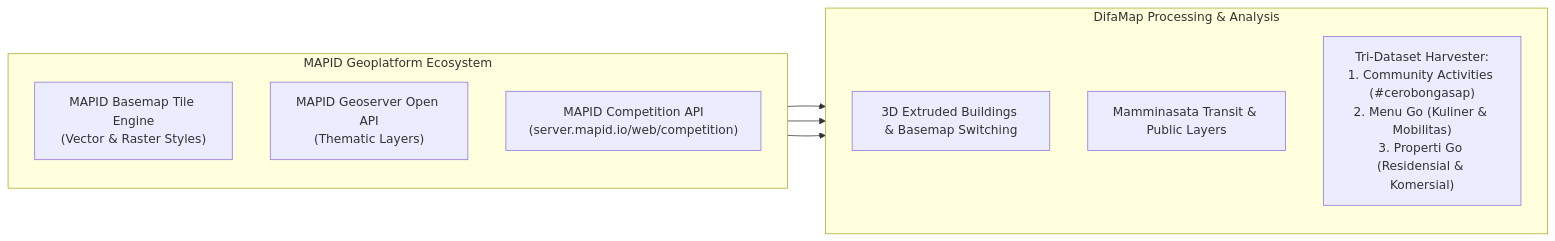
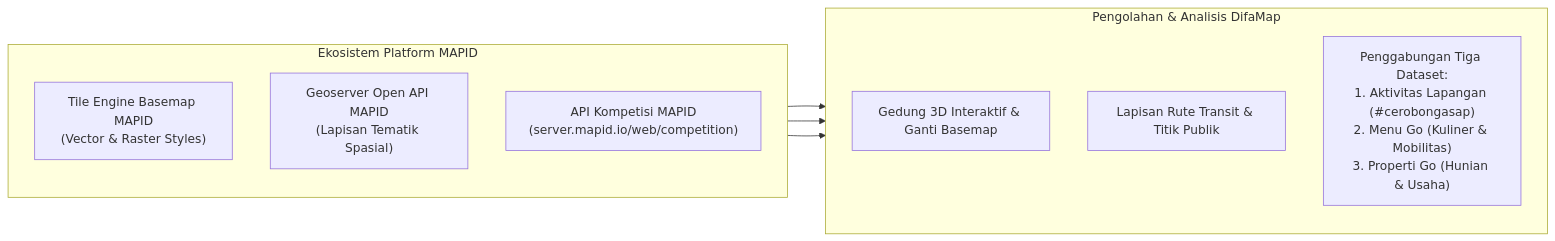
One commit to Cerobong-Asap-Mapid-WebGis-Competition/DifaMap changed the first of 2 diagrams in README.md. Above: the diagram before and after it, drawn with Mermaid. The commit also changed other lines of this file and 1 other file, not shown here.

````diff
--- a/README.md
+++ b/README.md
@@ -75,20 +77,20 @@
 ```mermaid
 flowchart LR
-    subgraph MAPID_Ecosystem ["MAPID Geoplatform Ecosystem"]
+    subgraph MAPID_Ecosystem ["Ekosistem Platform MAPID"]
         direction TB
-        M1["MAPID Basemap Tile Engine<br/>(Vector & Raster Styles)"]
-        M2["MAPID Geoserver Open API<br/>(Thematic Layers)"]
-        M3["MAPID Competition API<br/>(server.mapid.io/web/competition)"]
+        M1["Tile Engine Basemap MAPID<br/>(Vector & Raster Styles)"]
+        M2["Geoserver Open API MAPID<br/>(Lapisan Tematik Spasial)"]
+        M3["API Kompetisi MAPID<br/>(server.mapid.io/web/competition)"]
     end
 
-    subgraph DifaMap_Engine ["DifaMap Processing & Analysis"]
+    subgraph DifaMap_Engine ["Pengolahan & Analisis DifaMap"]
         direction TB
-        S1["3D Extruded Buildings & Basemap Switching"]
-        S2["Mamminasata Transit & Public Layers"]
-        S3["Tri-Dataset Harvester:<br/>1. Community Activities (#cerobongasap)<br/>2. Menu Go (Kuliner & Mobilitas)<br/>3. Properti Go (Residensial & Komersial)"]
+        S1["Gedung 3D Interaktif & Ganti Basemap"]
+        S2["Lapisan Rute Transit & Titik Publik"]
+        S3["Penggabungan Tiga Dataset:<br/>1. Aktivitas Lapangan (#cerobongasap)<br/>2. Menu Go (Kuliner & Mobilitas)<br/>3. Properti Go (Hunian & Usaha)"]
     end
 
     M1 --> S1
     M2 --> S2
     M3 --> S3
 ```
````
